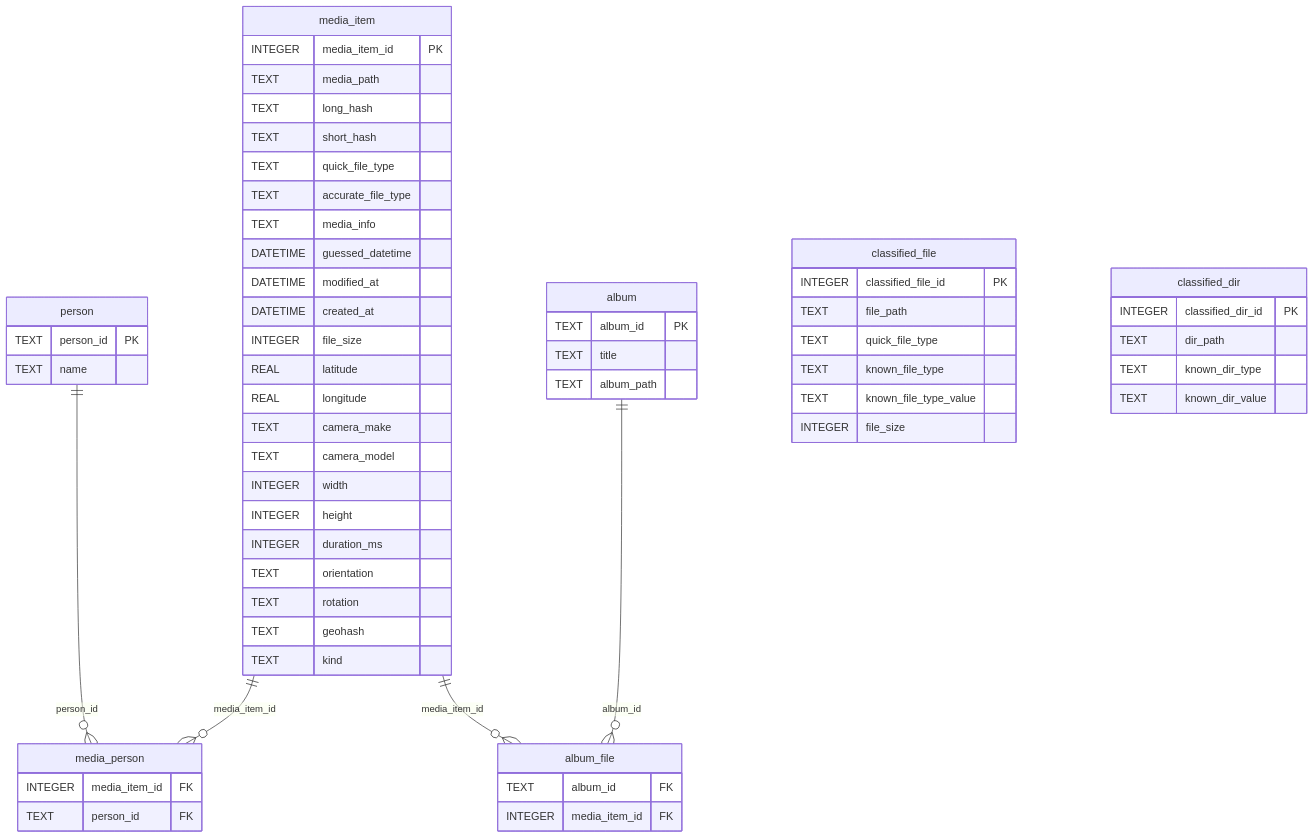
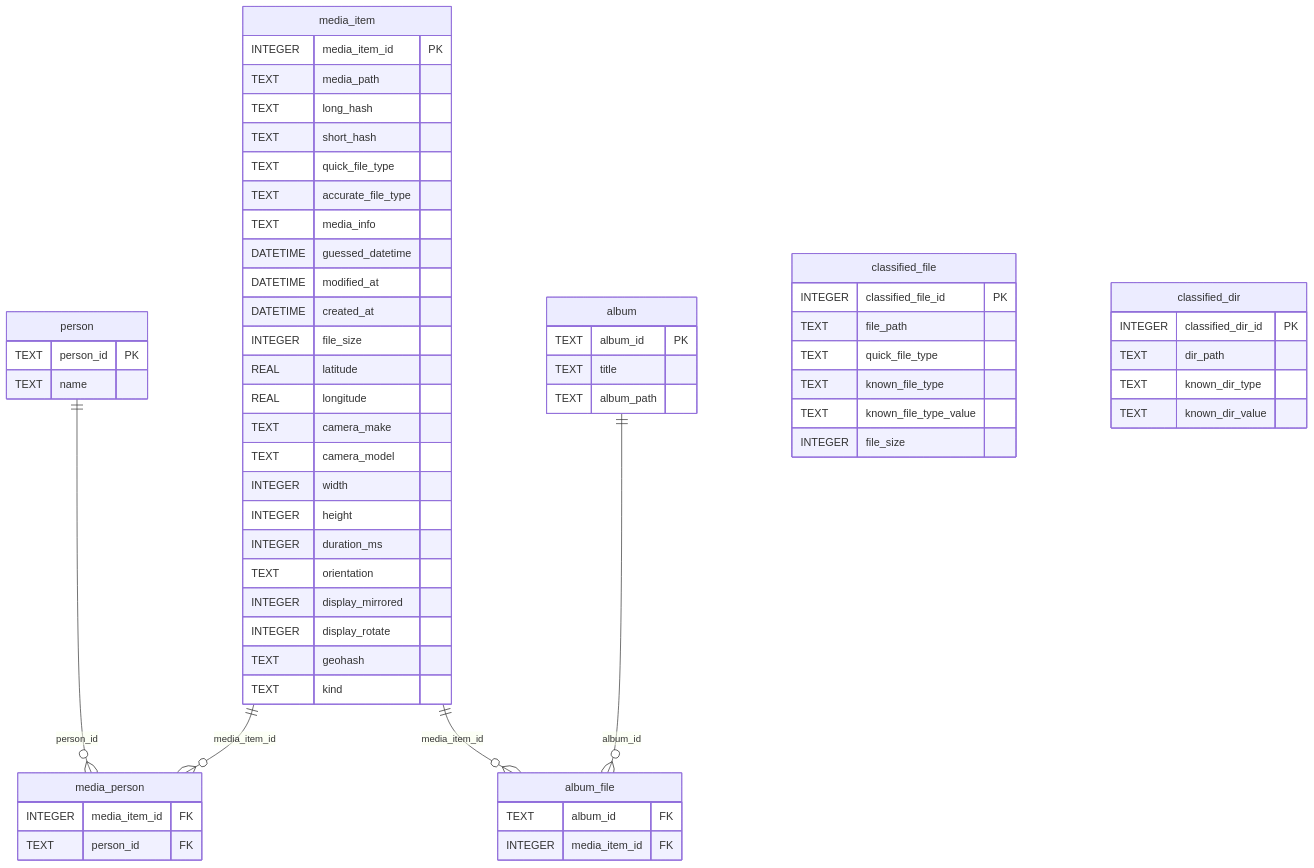
One commit to paultuckey/ptsync changed the diagram in docs/db-schema.md. Above: the diagram before and after it, drawn with Mermaid. The commit also changed 3 other files, not shown here.

````diff
--- a/docs/db-schema.md
+++ b/docs/db-schema.md
@@ -6,62 +6,63 @@
 ```mermaid
 erDiagram
     media_item ||--o{ media_person : "media_item_id"
     person ||--o{ media_person : "person_id"
     album ||--o{ album_file : "album_id"
     media_item ||--o{ album_file : "media_item_id"
     media_item {
         INTEGER media_item_id PK
         TEXT media_path
         TEXT long_hash
         TEXT short_hash
         TEXT quick_file_type
         TEXT accurate_file_type
         TEXT media_info
         DATETIME guessed_datetime
         DATETIME modified_at
         DATETIME created_at
         INTEGER file_size
         REAL latitude
         REAL longitude
         TEXT camera_make
         TEXT camera_model
         INTEGER width
         INTEGER height
         INTEGER duration_ms
         TEXT orientation
-        TEXT rotation
+        INTEGER display_mirrored
+        INTEGER display_rotate
         TEXT geohash
         TEXT kind
     }
     person {
         TEXT person_id PK
         TEXT name
     }
     media_person {
         INTEGER media_item_id FK
         TEXT person_id FK
     }
     album {
         TEXT album_id PK
         TEXT title
         TEXT album_path
     }
     album_file {
         TEXT album_id FK
         INTEGER media_item_id FK
     }
     classified_file {
         INTEGER classified_file_id PK
         TEXT file_path
         TEXT quick_file_type
         TEXT known_file_type
         TEXT known_file_type_value
         INTEGER file_size
     }
     classified_dir {
         INTEGER classified_dir_id PK
         TEXT dir_path
         TEXT known_dir_type
         TEXT known_dir_value
     }
 ```
````
